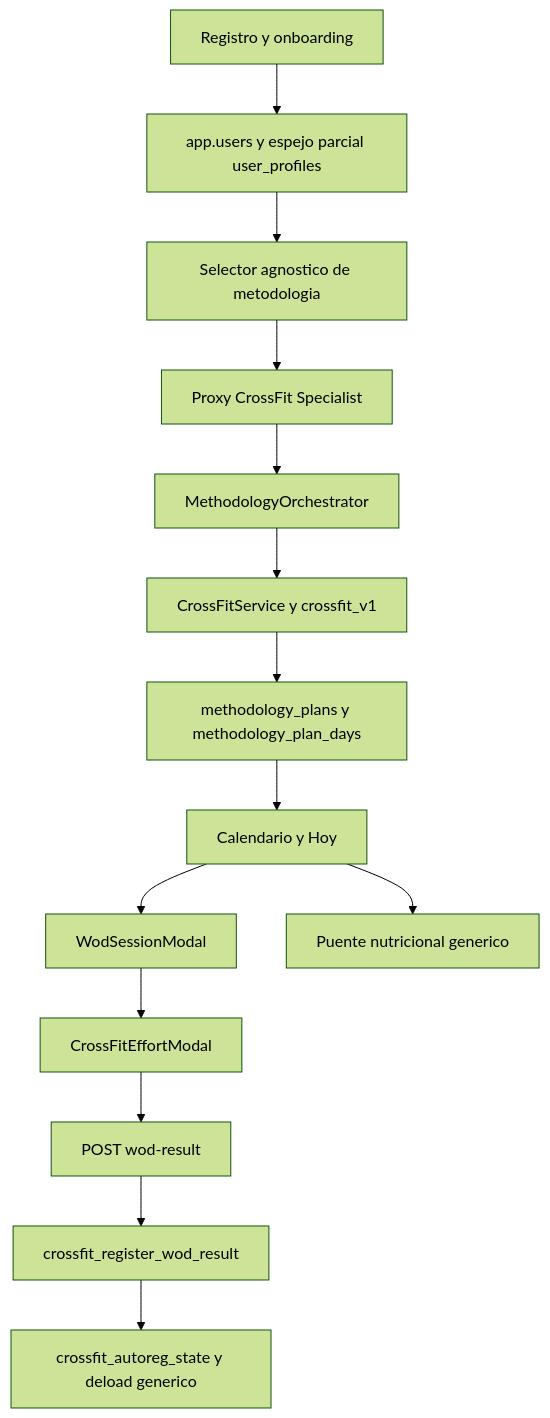
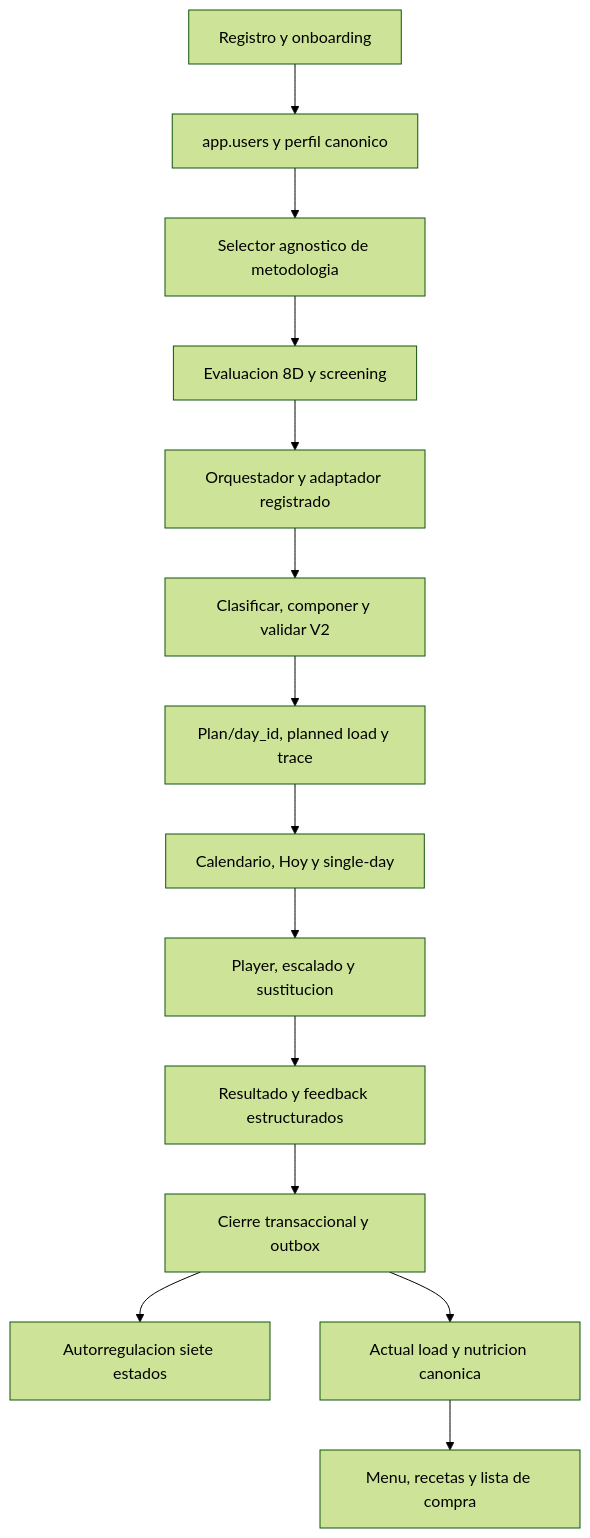
Before and after one commit to Sergiom84/MindFit-IA: the diagram in docs/crossfit/00-auditoria-estado-real.md, drawn with Mermaid (forest theme). The commit also changed other lines of this file and 9 other files, not shown here.

````diff
--- a/docs/crossfit/00-auditoria-estado-real.md
+++ b/docs/crossfit/00-auditoria-estado-real.md
@@ -28,16 +30,16 @@
 ```mermaid
 flowchart TD
-  A["Registro y onboarding"] --> B["app.users y espejo parcial user_profiles"]
+  A["Registro y onboarding"] --> B["app.users y perfil canonico"]
   B --> C["Selector agnostico de metodologia"]
-  C --> D["Proxy CrossFit Specialist"]
-  D --> E["MethodologyOrchestrator"]
-  E --> F["CrossFitService y crossfit_v1"]
-  F --> G["methodology_plans y methodology_plan_days"]
-  G --> H["Calendario y Hoy"]
-  H --> I["WodSessionModal"]
-  I --> J["CrossFitEffortModal"]
-  J --> K["POST wod-result"]
-  K --> L["crossfit_register_wod_result"]
-  L --> M["crossfit_autoreg_state y deload generico"]
-  H --> N["Puente nutricional generico"]
+  C --> D["Evaluacion 8D y screening"]
+  D --> E["Orquestador y adaptador registrado"]
+  E --> F["Clasificar, componer y validar V2"]
+  F --> G["Plan/day_id, planned load y trace"]
+  G --> H["Calendario, Hoy y single-day"]
+  H --> I["Player, escalado y sustitucion"]
+  I --> J["Resultado y feedback estructurados"]
+  J --> K["Cierre transaccional y outbox"]
+  K --> L["Autorregulacion siete estados"]
+  K --> M["Actual load y nutricion canonica"]
+  M --> N["Menu, recetas y lista de compra"]
 ```
````
